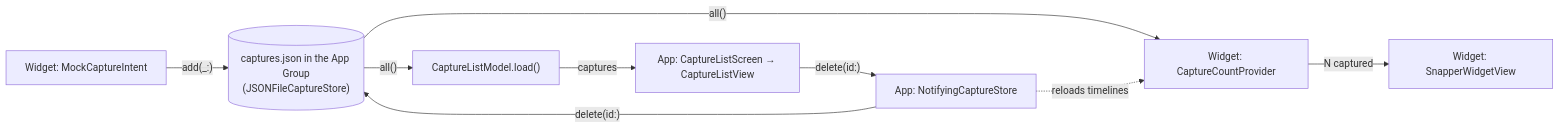
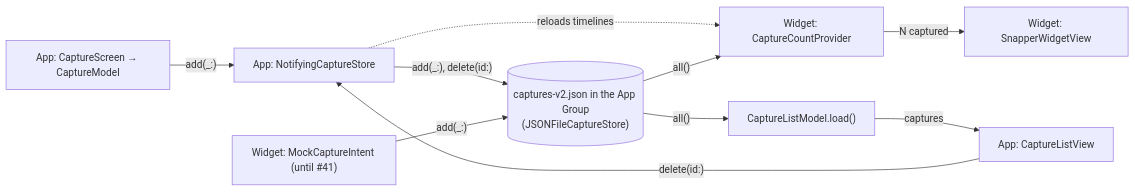
Before and after one commit to southp/buffer-snap: the second of 2 diagrams in docs/architecture.md, drawn with Mermaid. The commit also changed other lines of this file, not shown here.

First line of the commit message:
Docs: Describe the capture screen in the architecture

````diff
--- a/docs/architecture.md
+++ b/docs/architecture.md
@@ -73,11 +76,12 @@
 ```mermaid
 flowchart LR
-    Intent["Widget: MockCaptureIntent"] -->|"add(_:)"| Store[("captures.json in the App Group<br/>(JSONFileCaptureStore)")]
-    Store -->|"all()"| Timeline["Widget: CaptureCountProvider"]
+    Capture["App: CaptureScreen → CaptureModel"] -->|"add(_:)"| Notifying["App: NotifyingCaptureStore"]
+    Delete["App: CaptureListView"] -->|"delete(id:)"| Notifying
+    Notifying -->|"add(_:), delete(id:)"| Store[("captures-v2.json in the App Group<br/>(JSONFileCaptureStore)")]
+    Notifying -.->|"reloads timelines"| Timeline["Widget: CaptureCountProvider"]
+    Intent["Widget: MockCaptureIntent (until #41)"] -->|"add(_:)"| Store
+    Store -->|"all()"| Timeline
     Timeline -->|"N captured"| Face["Widget: SnapperWidgetView"]
     Store -->|"all()"| List["CaptureListModel.load()"]
-    List -->|captures| View["App: CaptureListScreen → CaptureListView"]
-    View -->|"delete(id:)"| Notifying["App: NotifyingCaptureStore"]
-    Notifying -->|"delete(id:)"| Store
-    Notifying -.->|"reloads timelines"| Timeline
+    List -->|captures| Delete
 ```
````
